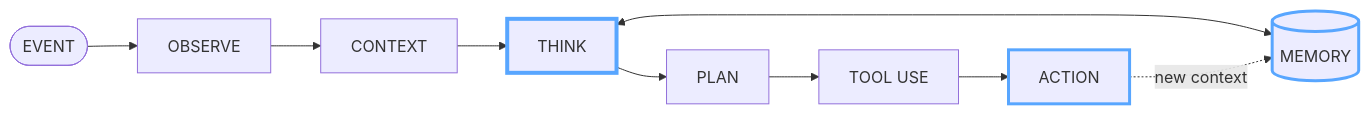
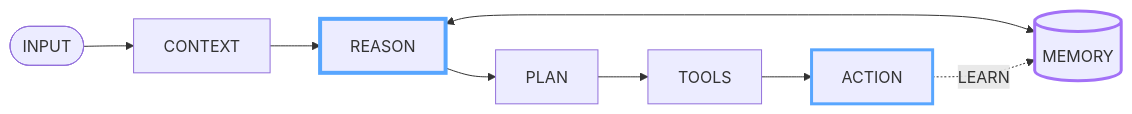
One commit to Harish-ai-dev/Harish-ai-dev changed the first of 3 diagrams in README.md. Above: the diagram before and after it, drawn with Mermaid. The commit also changed other lines of this file, not shown here.

````diff
--- a/README.md
+++ b/README.md
@@ -165,28 +43,14 @@
-```mermaid id="z7m3c8"
+```mermaid
 flowchart LR
+    INPUT([INPUT]) --> CONTEXT[CONTEXT]
+    CONTEXT --> REASON[REASON]
+    REASON <--> MEMORY[(MEMORY)]
+    REASON --> PLAN[PLAN]
+    PLAN --> TOOLS[TOOLS]
+    TOOLS --> ACTION[ACTION]
+    ACTION -. LEARN .-> MEMORY
 
-    EVENT(["EVENT"])
-
-    OBSERVE["OBSERVE"]
-    CONTEXT["CONTEXT"]
-    MEMORY[("MEMORY")]
-    THINK["THINK"]
-    PLAN["PLAN"]
-    TOOL["TOOL USE"]
-    ACTION["ACTION"]
-
-    EVENT --> OBSERVE
-    OBSERVE --> CONTEXT
-    CONTEXT --> THINK
-
-    THINK <--> MEMORY
-    THINK --> PLAN
-    PLAN --> TOOL
-    TOOL --> ACTION
-
-    ACTION -. new context .-> MEMORY
-
-    style THINK stroke:#58A6FF,stroke-width:4px
-    style MEMORY stroke:#58A6FF,stroke-width:3px
-    style ACTION stroke:#58A6FF,stroke-width:3px
+    style REASON stroke:#58a6ff,stroke-width:4px
+    style MEMORY stroke:#a371f7,stroke-width:3px
+    style ACTION stroke:#58a6ff,stroke-width:3px
 ```
````
